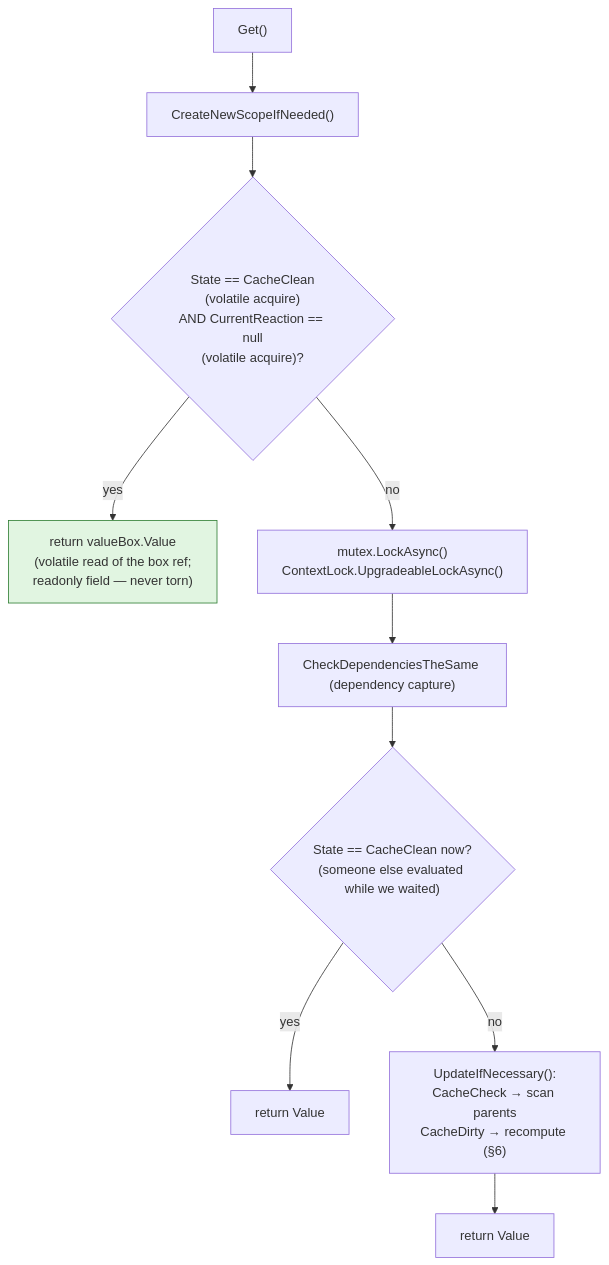
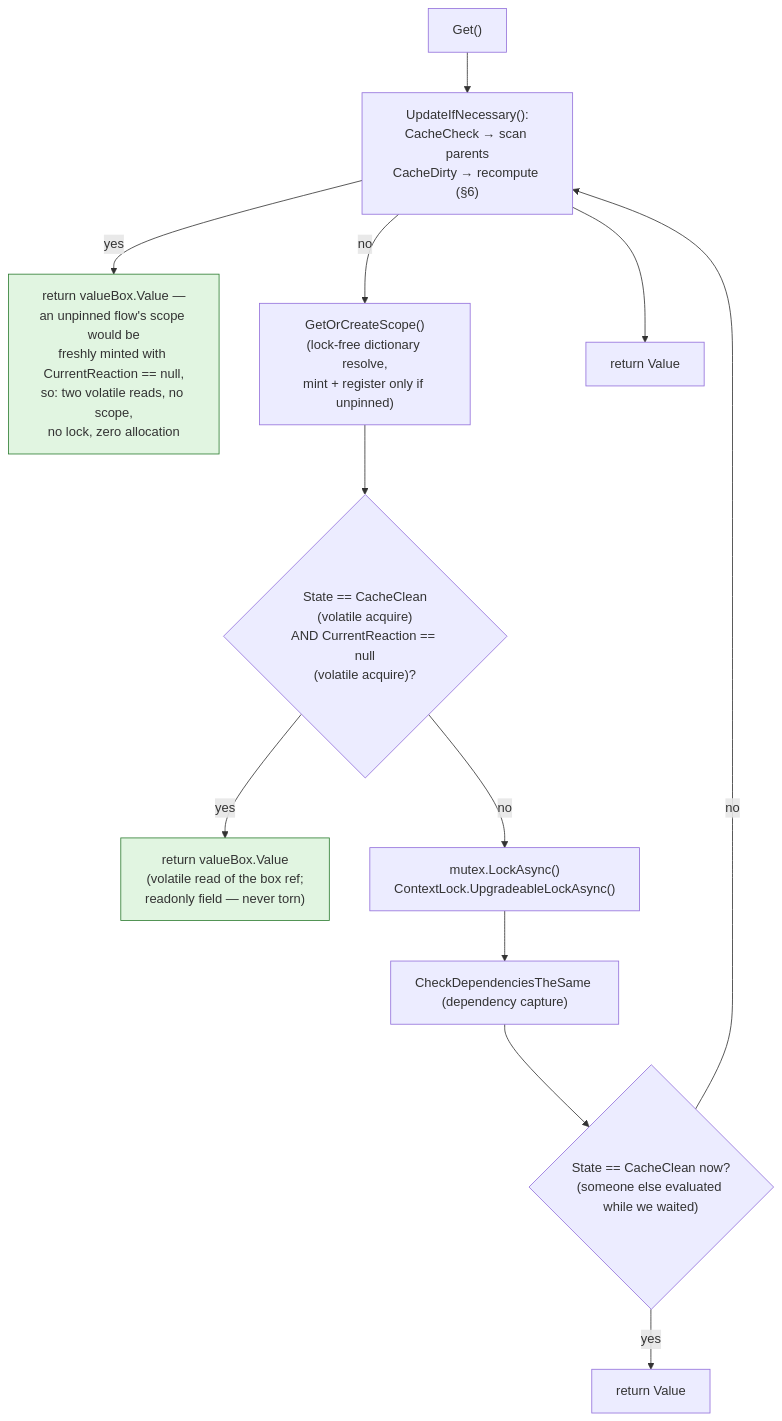
One commit to timonkrebs/MemoizR changed the tenth of 15 diagrams in docs/architecture/concurrency.md. Above: the diagram before and after it, drawn with Mermaid. The commit also changed other lines of this file and 26 other files, not shown here.

````diff
--- a/docs/architecture/concurrency.md
+++ b/docs/architecture/concurrency.md
@@ -413,13 +434,16 @@
 ```mermaid
 flowchart TD
-    G["Get()"] --> P["CreateNewScopeIfNeeded()"]
+    G["Get()"] --> U{"State == CacheClean<br/>(volatile acquire)<br/>AND flow has NO pinned scope?"}
+    U -->|yes| V0["return valueBox.Value —<br/>an unpinned flow's scope would be<br/>freshly minted with CurrentReaction == null,<br/>so: two volatile reads, no scope,<br/>no lock, zero allocation"]
+    U -->|no| P["GetOrCreateScope()<br/>(lock-free dictionary resolve,<br/>mint + register only if unpinned)"]
     P --> F{"State == CacheClean<br/>(volatile acquire)<br/>AND CurrentReaction == null<br/>(volatile acquire)?"}
     F -->|yes| V["return valueBox.Value<br/>(volatile read of the box ref;<br/>readonly field — never torn)"]
     F -->|no| L["mutex.LockAsync()<br/>ContextLock.UpgradeableLockAsync()"]
+    style V0 fill:#e1f5e1,stroke:#2e7d32
     L --> T["CheckDependenciesTheSame (dependency capture)"]
     T --> R{"State == CacheClean now?<br/>(someone else evaluated while we waited)"}
     R -->|yes| V2["return Value"]
     R -->|no| U["UpdateIfNecessary():<br/>CacheCheck → scan parents<br/>CacheDirty → recompute (§6)"]
     U --> V3["return Value"]
     style V fill:#e1f5e1,stroke:#2e7d32
 ```
````
